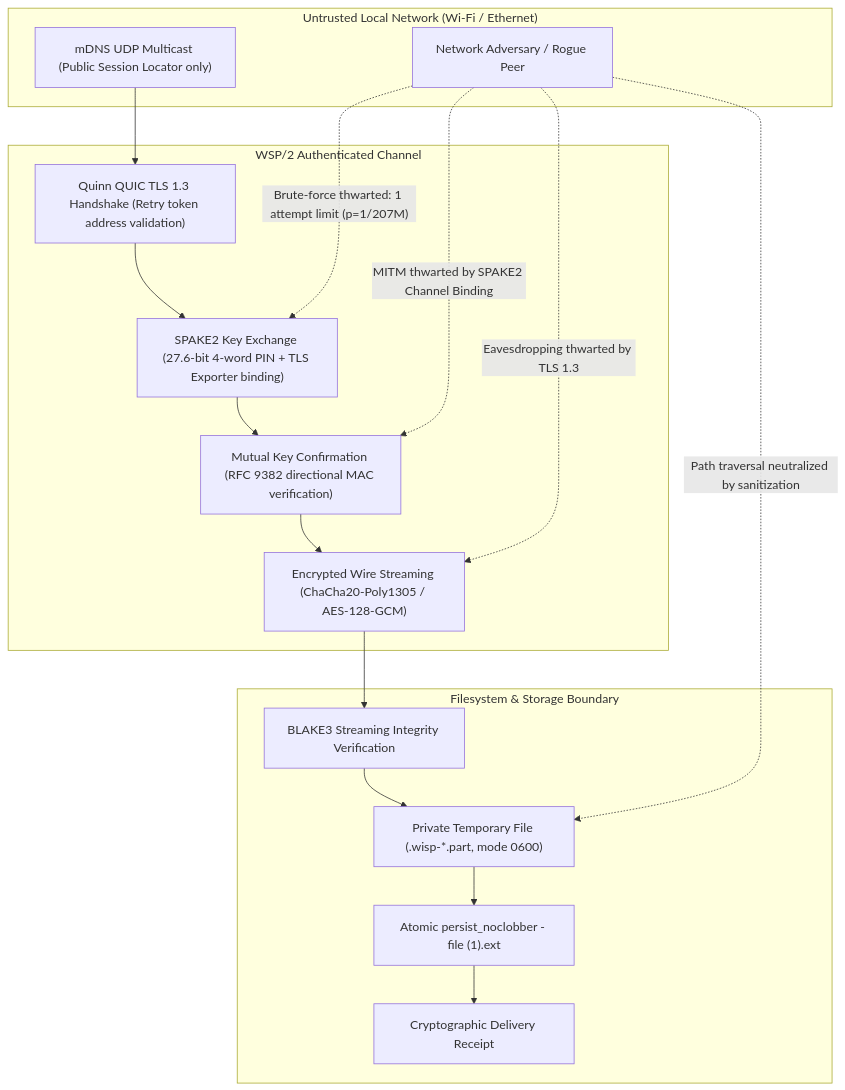
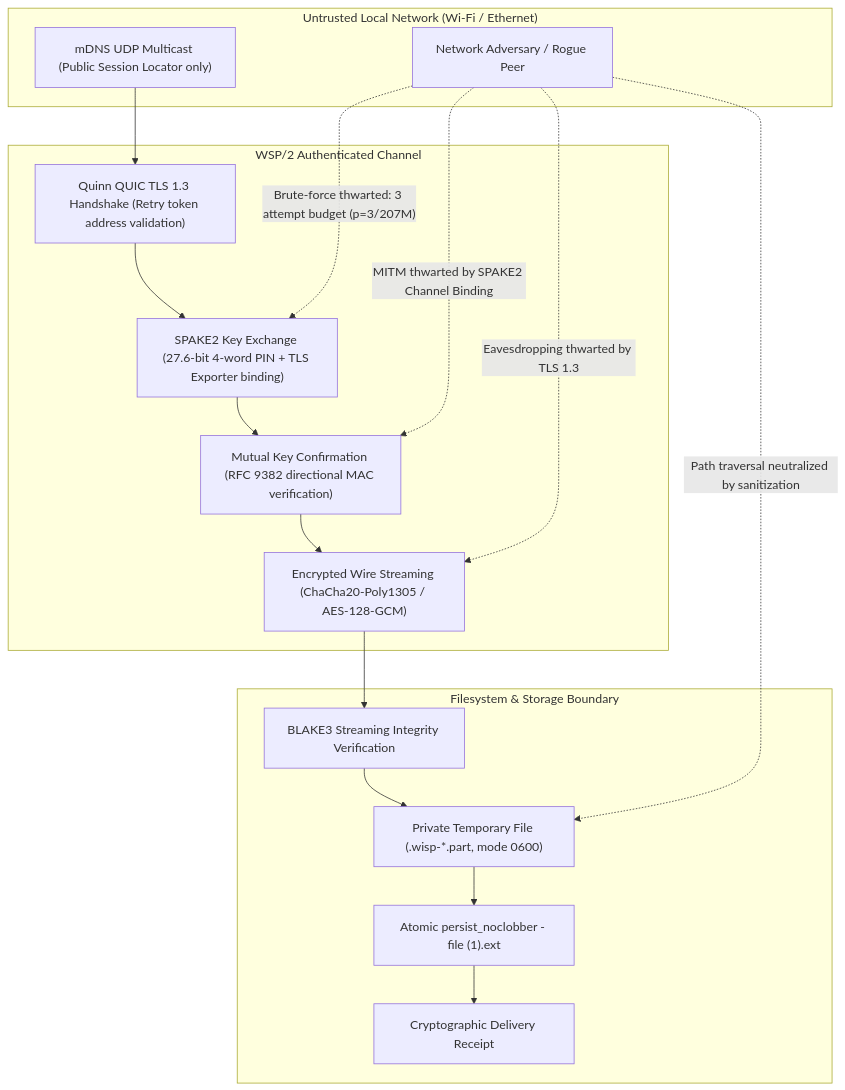
The diagram in docs/THREAT_MODEL.md (YohannHommet/wisp), drawn with Mermaid before and after one commit. The commit also changed other lines of this file and 3 other files, not shown here.

Commit message:
docs(adr,threat-model): record ADR-0003 and update threat model and architecture for PAKE DoS mitigation

````diff
--- a/docs/THREAT_MODEL.md
+++ b/docs/THREAT_MODEL.md
@@ -13,35 +13,35 @@
 ```mermaid
 flowchart TD
     subgraph LAN["Untrusted Local Network (Wi-Fi / Ethernet)"]
         ADV["Network Adversary / Rogue Peer"]
         MDNS["mDNS UDP Multicast (Public Session Locator only)"]
     end
 
     subgraph SEC["WSP/2 Authenticated Channel"]
         QUIC["Quinn QUIC TLS 1.3 Handshake (Retry token address validation)"]
         PAKE["SPAKE2 Key Exchange (27.6-bit 4-word PIN + TLS Exporter binding)"]
         CONF["Mutual Key Confirmation (RFC 9382 directional MAC verification)"]
         STREAM["Encrypted Wire Streaming (ChaCha20-Poly1305 / AES-128-GCM)"]
     end
 
     subgraph FS["Filesystem & Storage Boundary"]
         BLAKE["BLAKE3 Streaming Integrity Verification"]
         ATOM["Private Temporary File (.wisp-*.part, mode 0600)"]
         NOCLOB["Atomic persist_noclobber - file (1).ext"]
         RCPT["Cryptographic Delivery Receipt"]
     end
 
     MDNS --> QUIC
     QUIC --> PAKE
     PAKE --> CONF
     CONF --> STREAM
     STREAM --> BLAKE
     BLAKE --> ATOM
     ATOM --> NOCLOB
     NOCLOB --> RCPT
 
     ADV -.->|"Eavesdropping thwarted by TLS 1.3"| STREAM
     ADV -.->|"MITM thwarted by SPAKE2 Channel Binding"| CONF
-    ADV -.->|"Brute-force thwarted: 1 attempt limit (p=1/207M)"| PAKE
+    ADV -.->|"Brute-force thwarted: 3 attempt budget (p=3/207M)"| PAKE
     ADV -.->|"Path traversal neutralized by sanitization"| ATOM
 ```
````
